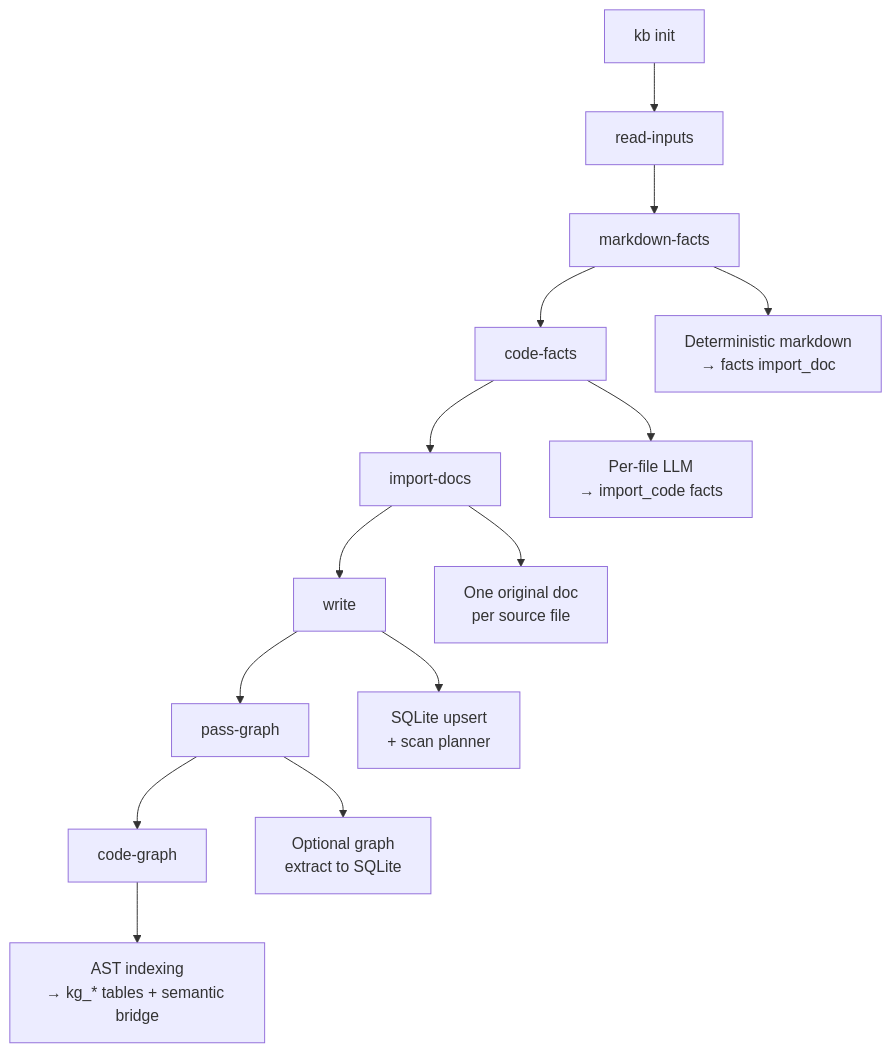
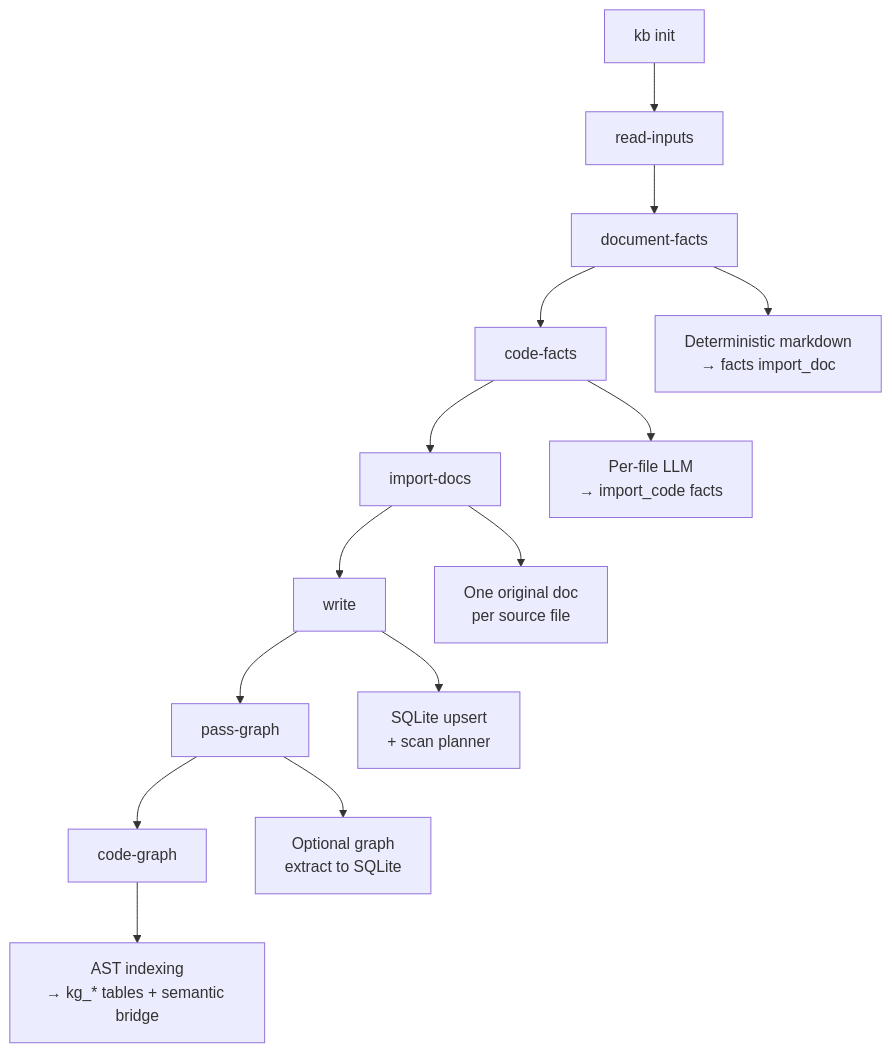
Before and after one commit to rosenjcb/kb: the second of 2 diagrams in docs/_original_docs/src-core-init.md, drawn with Mermaid. The commit also changed other lines of this file and 8 other files, not shown here.

````diff
--- a/docs/_original_docs/src-core-init.md
+++ b/docs/_original_docs/src-core-init.md
@@ -41,17 +41,17 @@
 ```mermaid
 flowchart TD
     A[kb init] --> R[read-inputs]
-    R --> MF[markdown-facts]
+    R --> MF[document-facts]
     MF --> CF[code-facts]
     CF --> IM[import-docs]
     IM --> W[write]
     W --> PG[pass-graph]
     PG --> CG[code-graph]
 
     MF --> MF1["Deterministic markdown\n→ facts import_doc"]
     CF --> CF1["Per-file LLM\n→ import_code facts"]
     IM --> IM1["One original doc\nper source file"]
     W --> W1["SQLite upsert\n+ scan planner"]
     PG --> PG1["Optional graph\nextract to SQLite"]
     CG --> CG1["AST indexing\n→ kg_* tables + semantic bridge"]
 ```
````
